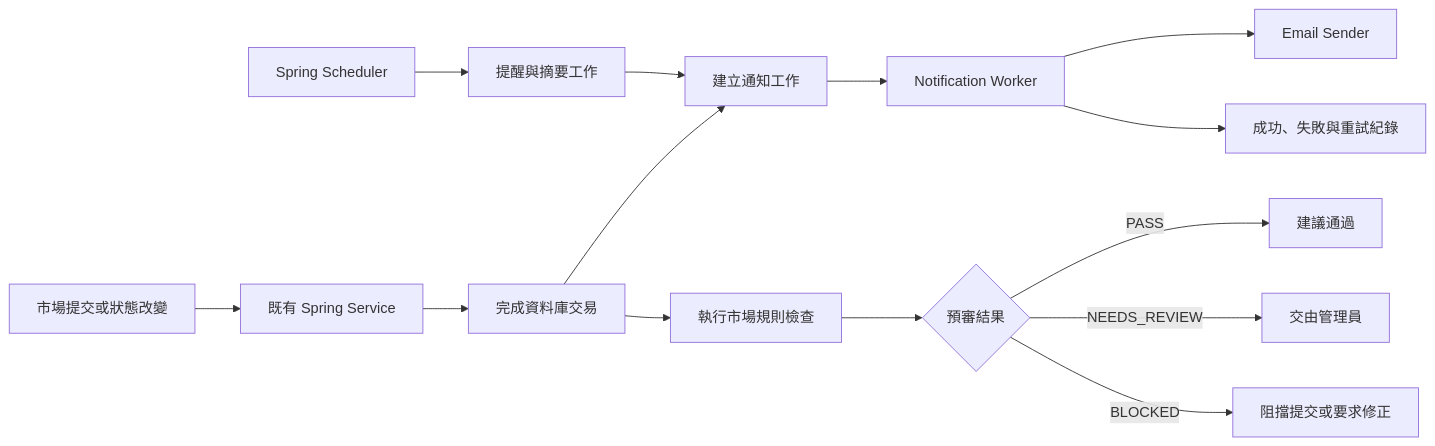
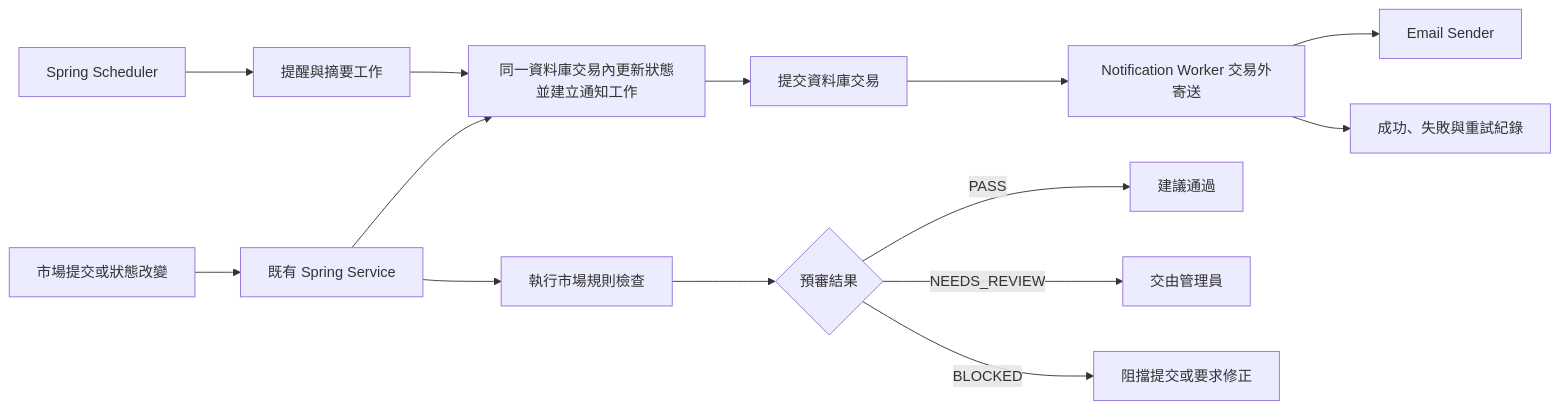
Before and after one commit to b2626826-blip/UcMarket: the diagram in docs/系統設計/自動化系統規劃.md, drawn with Mermaid. The commit also changed other lines of this file and 3 other files, not shown here.

````diff
--- a/docs/系統設計/自動化系統規劃.md
+++ b/docs/系統設計/自動化系統規劃.md
@@ -51,19 +51,19 @@
 ```mermaid
 flowchart LR
     A[市場提交或狀態改變] --> B[既有 Spring Service]
-    B --> C[完成資料庫交易]
-    C --> D[建立通知工作]
-    C --> E[執行市場規則檢查]
+    B --> C[同一資料庫交易內更新狀態並建立通知工作]
+    C --> D[提交資料庫交易]
+    B --> E[執行市場規則檢查]
 
     F[Spring Scheduler] --> G[提醒與摘要工作]
-    G --> D
+    G --> C
 
-    D --> H[Notification Worker]
+    D --> H[Notification Worker 交易外寄送]
     H --> I[Email Sender]
     H --> J[成功、失敗與重試紀錄]
 
     E --> K{預審結果}
     K -->|PASS| L[建議通過]
     K -->|NEEDS_REVIEW| M[交由管理員]
     K -->|BLOCKED| N[阻擋提交或要求修正]
 ```
````
